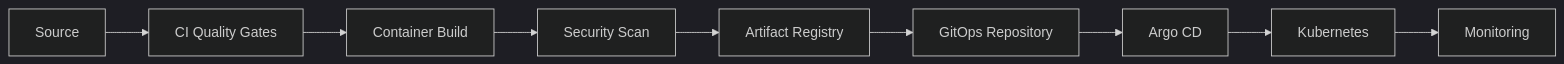
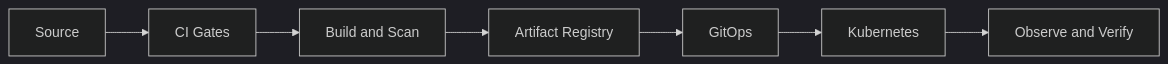
The diagram in README.md (GacheruIan/GacheruIan), drawn with Mermaid (dark theme) before and after one commit. The commit also changed other lines of this file, not shown here.

````diff
--- a/README.md
+++ b/README.md
@@ -33,11 +35,9 @@
 ```mermaid
 flowchart LR
-    A[Source] --> B[CI Quality Gates]
-    B --> C[Container Build]
-    C --> D[Security Scan]
-    D --> E[Artifact Registry]
-    E --> F[GitOps Repository]
-    F --> G[Argo CD]
-    G --> H[Kubernetes]
-    H --> I[Monitoring]
+    A[Source] --> B[CI Gates]
+    B --> C[Build and Scan]
+    C --> D[Artifact Registry]
+    D --> E[GitOps]
+    E --> F[Kubernetes]
+    F --> G[Observe and Verify]
 ```
````
